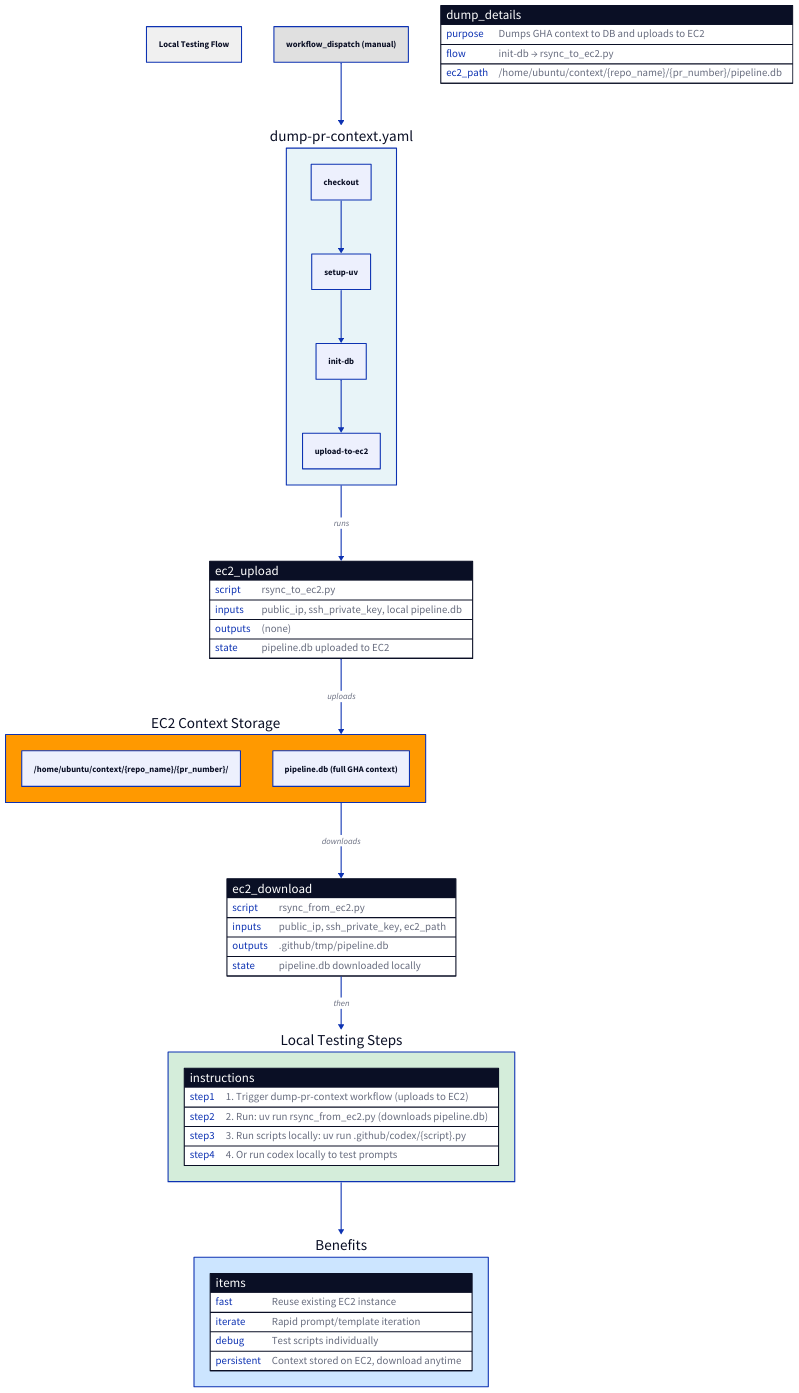
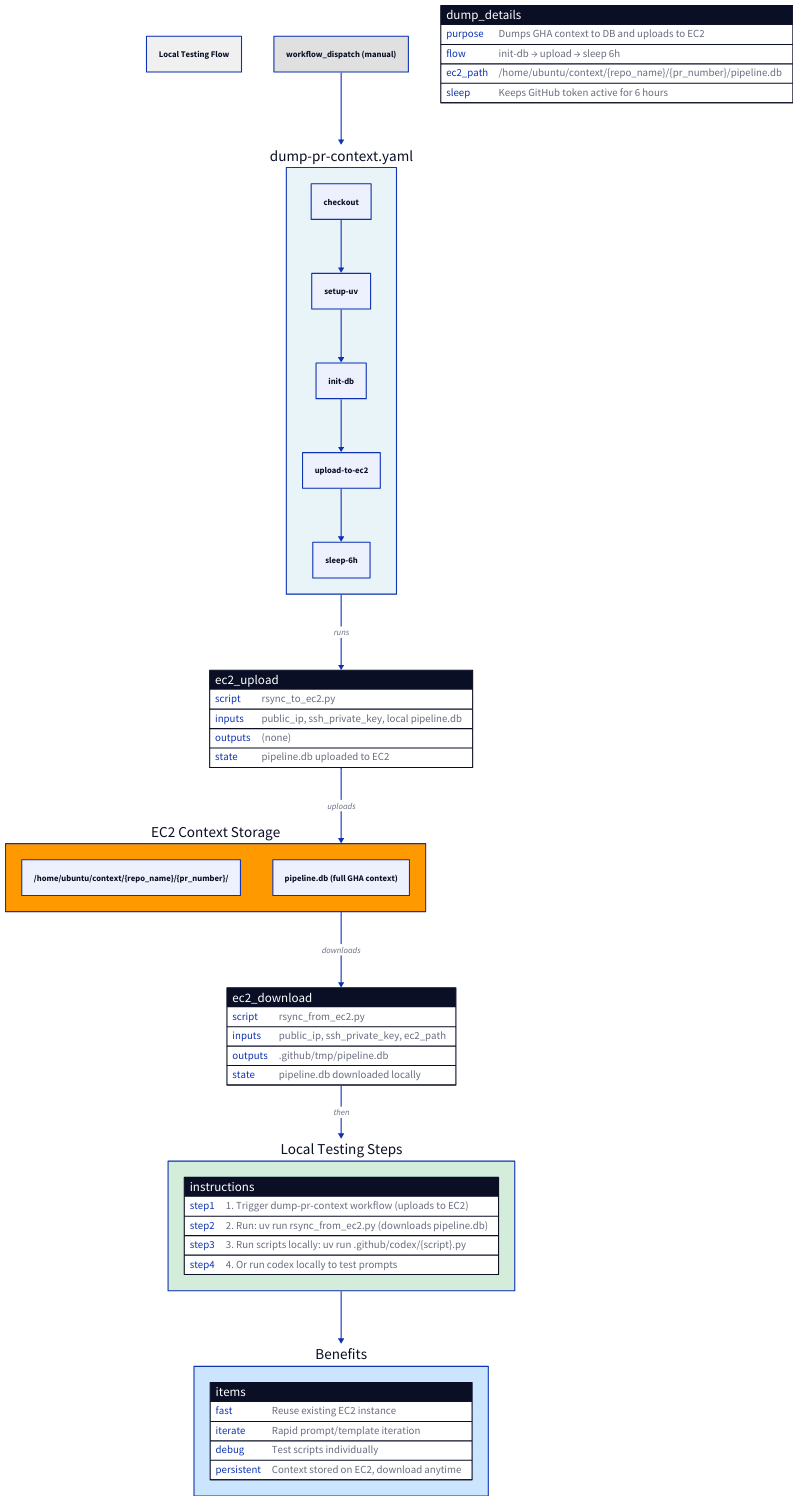
The diagram in flow_diagrams/debug_flow.d2 (fossh/codex-code-review-poc1), drawn with D2 before and after one commit. The commit also changed 12 other files, not shown here.

First line of the commit message:
Refactor pipeline to match flow diagrams

```diff
--- a/flow_diagrams/debug_flow.d2
+++ b/flow_diagrams/debug_flow.d2
@@ -1,89 +1,90 @@
 direction: down
 
 # Local Testing Flow for Rapid Iteration
 
 title: "Local Testing Flow" {
   style.fill: "#f0f0f0"
 }
 
 # Trigger
 trigger: "workflow_dispatch (manual)" {
   style.fill: "#e0e0e0"
 }
 
 # Dump Workflow
 dump_workflow: "dump-pr-context.yaml" {
   style.fill: "#e8f4f8"
-  checkout -> setup-uv -> init-db -> upload-to-ec2
+  checkout -> setup-uv -> init-db -> upload-to-ec2 -> sleep-6h
 }
 
 trigger -> dump_workflow
 
 # Workflow Details
 dump_details: {
   shape: sql_table
   purpose: "Dumps GHA context to DB and uploads to EC2"
-  flow: "init-db → rsync_to_ec2.py"
+  flow: "init-db → upload → sleep 6h"
   ec2_path: "/home/ubuntu/context/{repo_name}/{pr_number}/pipeline.db"
+  sleep: "Keeps GitHub token active for 6 hours"
 }
 
 # EC2 Upload Step
 ec2_upload: {
   shape: sql_table
   script: "rsync_to_ec2.py"
   inputs: "public_ip, ssh_private_key, local pipeline.db"
   outputs: "(none)"
   state: "pipeline.db uploaded to EC2"
 }
 
 dump_workflow -> ec2_upload: "runs"
 
 # EC2 Storage
 EC2_Storage: "EC2 Context Storage" {
   style.fill: "#ff9900"
   path: "/home/ubuntu/context/{repo_name}/{pr_number}/"
   content: "pipeline.db (full GHA context)"
 }
 
 ec2_upload -> EC2_Storage: "uploads"
 
 # EC2 Download Step
 ec2_download: {
   shape: sql_table
   script: "rsync_from_ec2.py"
   inputs: "public_ip, ssh_private_key, ec2_path"
   outputs: ".github/tmp/pipeline.db"
   state: "pipeline.db downloaded locally"
 }
 
 EC2_Storage -> ec2_download: "downloads"
 
 # Local Testing Steps
 local_steps: "Local Testing Steps" {
   style.fill: "#d4edda"
 
   instructions: {
     shape: sql_table
     step1: "1. Trigger dump-pr-context workflow (uploads to EC2)"
     step2: "2. Run: uv run rsync_from_ec2.py (downloads pipeline.db)"
     step3: "3. Run scripts locally: uv run .github/codex/{script}.py"
     step4: "4. Or run codex locally to test prompts"
   }
 }
 
 ec2_download -> local_steps: "then"
 
 # Benefits
 benefits: "Benefits" {
   style.fill: "#cce5ff"
 
   items: {
     shape: sql_table
     fast: "Reuse existing EC2 instance"
     iterate: "Rapid prompt/template iteration"
     debug: "Test scripts individually"
     persistent: "Context stored on EC2, download anytime"
   }
 }
 
 local_steps -> benefits
```
